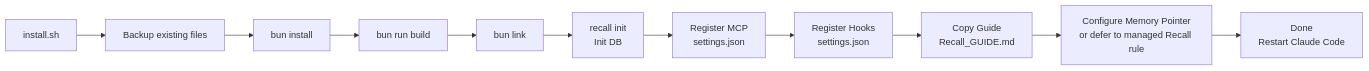
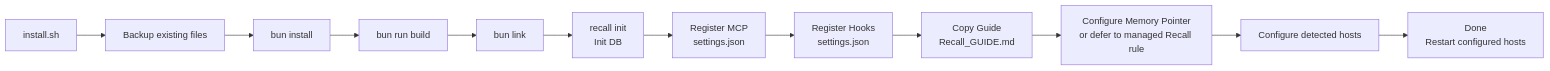
Before and after one commit to edheltzel/Recall: the diagram in docs/installation.md, drawn with Mermaid. The commit also changed other lines of this file and 21 other files, not shown here.

````diff
--- a/docs/installation.md
+++ b/docs/installation.md
@@ -155,13 +155,14 @@
 ```mermaid
 flowchart LR
     A[install.sh] --> B[Backup existing files]
     B --> C[bun install]
     C --> D[bun run build]
     D --> E[bun link]
     E --> F[recall init\nInit DB]
     F --> G[Register MCP\nsettings.json]
     G --> H[Register Hooks\nsettings.json]
     H --> I[Copy Guide\nRecall_GUIDE.md]
     I --> J[Configure Memory Pointer\nor defer to managed Recall rule]
-    J --> K[Done\nRestart Claude Code]
+    J --> K[Configure detected hosts]
+    K --> L[Done\nRestart configured hosts]
 ```
````
